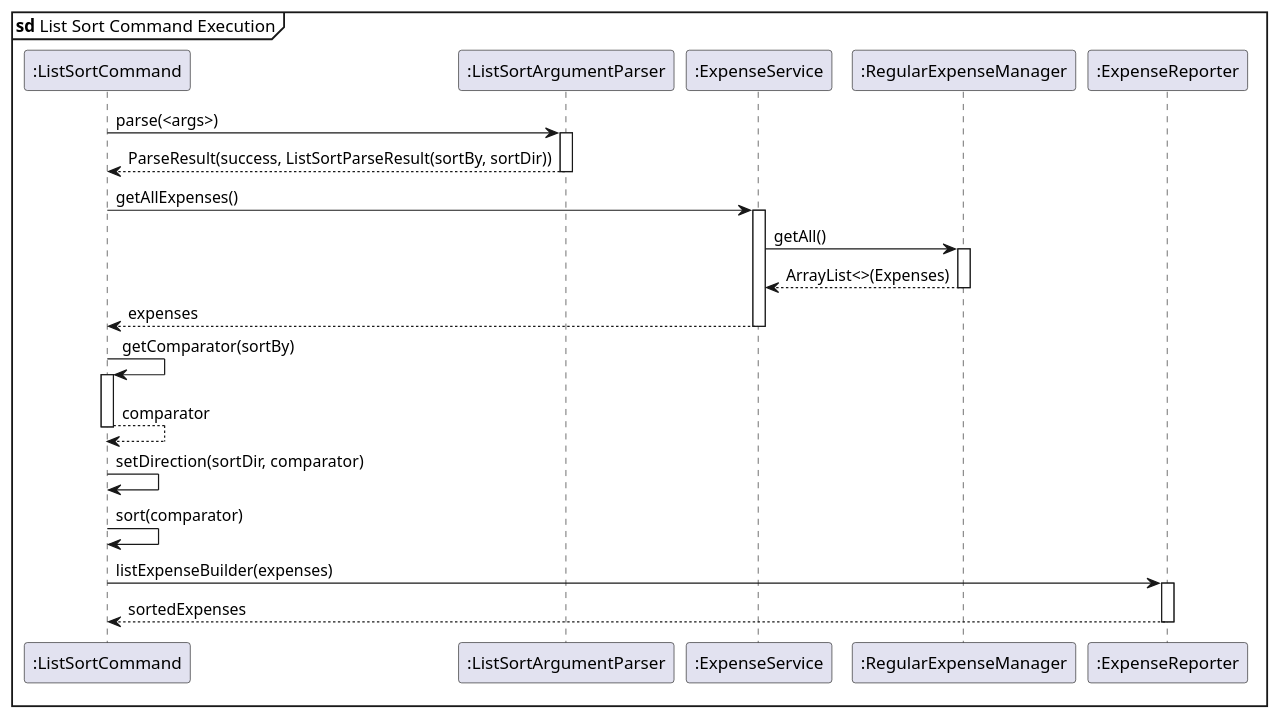
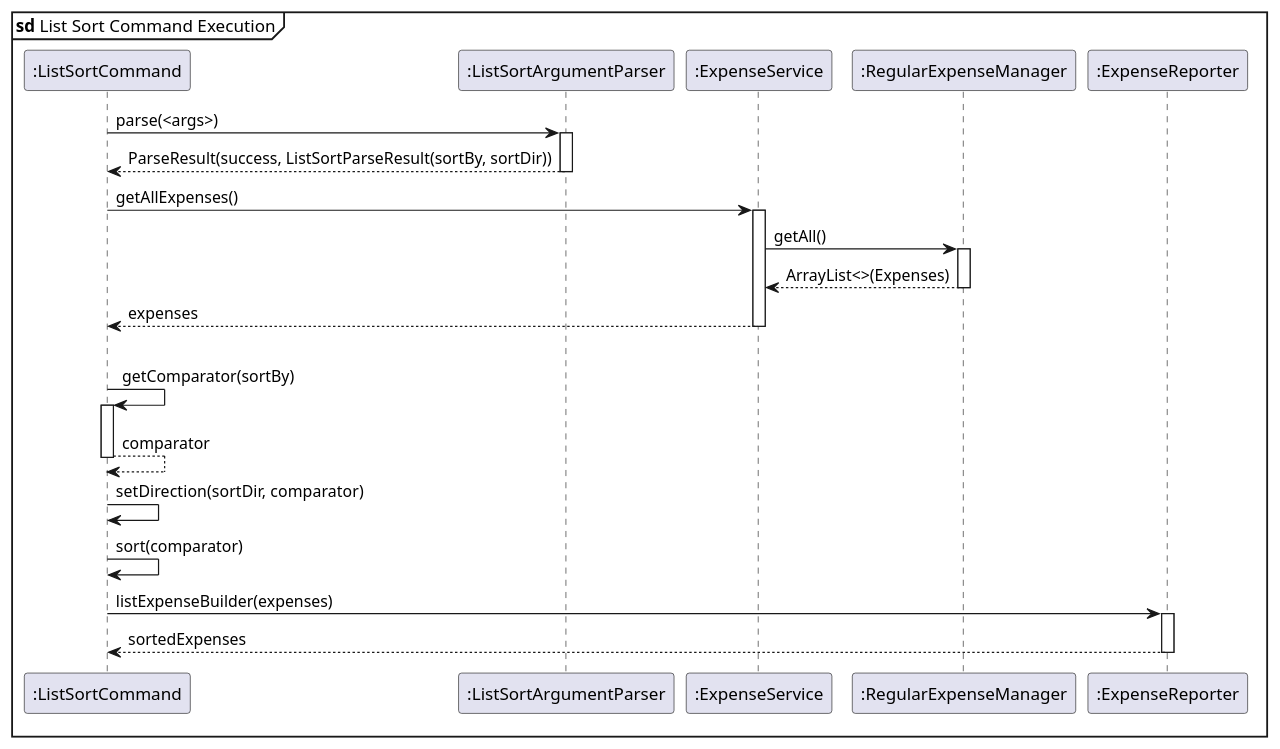
The diagram in docs/diagrams/sequence/list_sort.puml (randust/tp), drawn with PlantUML before and after one commit. The commit also changed 10 other files, not shown here.

Commit message:
minor cosmetic edits to sequence diagrams

```diff
--- a/docs/diagrams/sequence/list_sort.puml
+++ b/docs/diagrams/sequence/list_sort.puml
@@ -1,51 +1,47 @@
-@startuml sort
+@startuml list-sort
 skinparam sequenceReferenceBackgroundColor #white
 
 mainframe **sd** List Sort Command Execution
 
 participant ":ListSortCommand" as SC
 participant ":ListSortArgumentParser" as Parser
 
 SC -> Parser : parse(<args>)
 activate Parser
 
 Parser --> SC : ParseResult(success, ListSortParseResult(sortBy, sortDir))
 deactivate Parser
 
 participant ":ExpenseService" as ES
 participant ":RegularExpenseManager" as REM
 SC -> ES: getAllExpenses()
 activate ES
 
 ES -> REM: getAll()
 activate REM
 
 REM --> ES: ArrayList<>(Expenses)
 deactivate REM
 
 ES --> SC: expenses
 deactivate ES
 
+|||
 
 SC -> SC: getComparator(sortBy)
 activate SC
 SC --> SC: comparator
 deactivate SC
 
-
 SC -> SC: setDirection(sortDir, comparator)
-
-
 
 SC -> SC: sort(comparator)
 
 participant ":ExpenseReporter" as ER
 
 SC -> ER: listExpenseBuilder(expenses)
 activate ER
 ER --> SC: sortedExpenses
 deactivate ER
 
-
-
 @enduml
```
